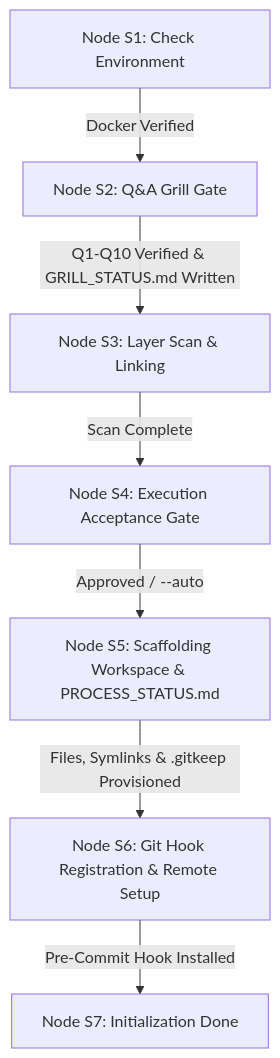
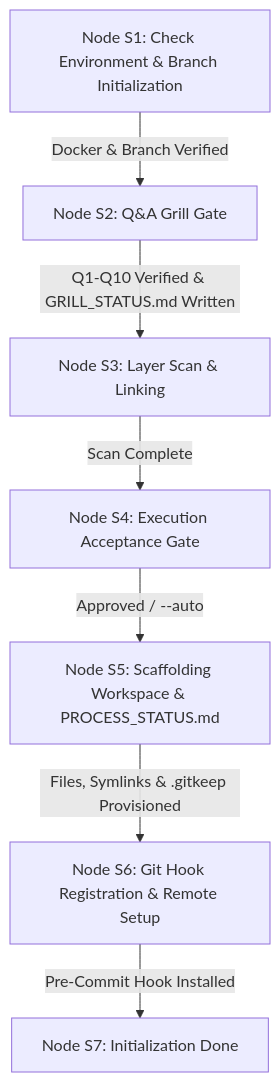
One commit to hrvthgergo/agent-driven-templates changed the diagram in fullstack_software_dev/init/antigravity/guards/workflows/init.md. Above: the diagram before and after it, drawn with Mermaid. The commit also changed other lines of this file and 5 other files, not shown here.

Commit message:
docs(init): Restructure /init workflow design: introduce codebase-devops sub-repo, move plans/ to agent-workspace/plans/, remove /init --release option, and enforce initial vs feature branch initialization

````diff
--- a/fullstack_software_dev/init/antigravity/guards/workflows/init.md
+++ b/fullstack_software_dev/init/antigravity/guards/workflows/init.md
@@ -28,9 +29,9 @@
 ```mermaid
 graph TD
-    S1[Node S1: Check Environment] -->|Docker Verified| S2[Node S2: Q&A Grill Gate]
+    S1[Node S1: Check Environment & Branch Initialization] -->|Docker & Branch Verified| S2[Node S2: Q&A Grill Gate]
     S2 -->|Q1-Q10 Verified & GRILL_STATUS.md Written| S3[Node S3: Layer Scan & Linking]
     S3 -->|Scan Complete| S4[Node S4: Execution Acceptance Gate]
     S4 -->|Approved / --auto| S5[Node S5: Scaffolding Workspace & PROCESS_STATUS.md]
     S5 -->|Files, Symlinks & .gitkeep Provisioned| S6[Node S6: Git Hook Registration & Remote Setup]
     S6 -->|Pre-Commit Hook Installed| S7[Node S7: Initialization Done]
 ```
````
